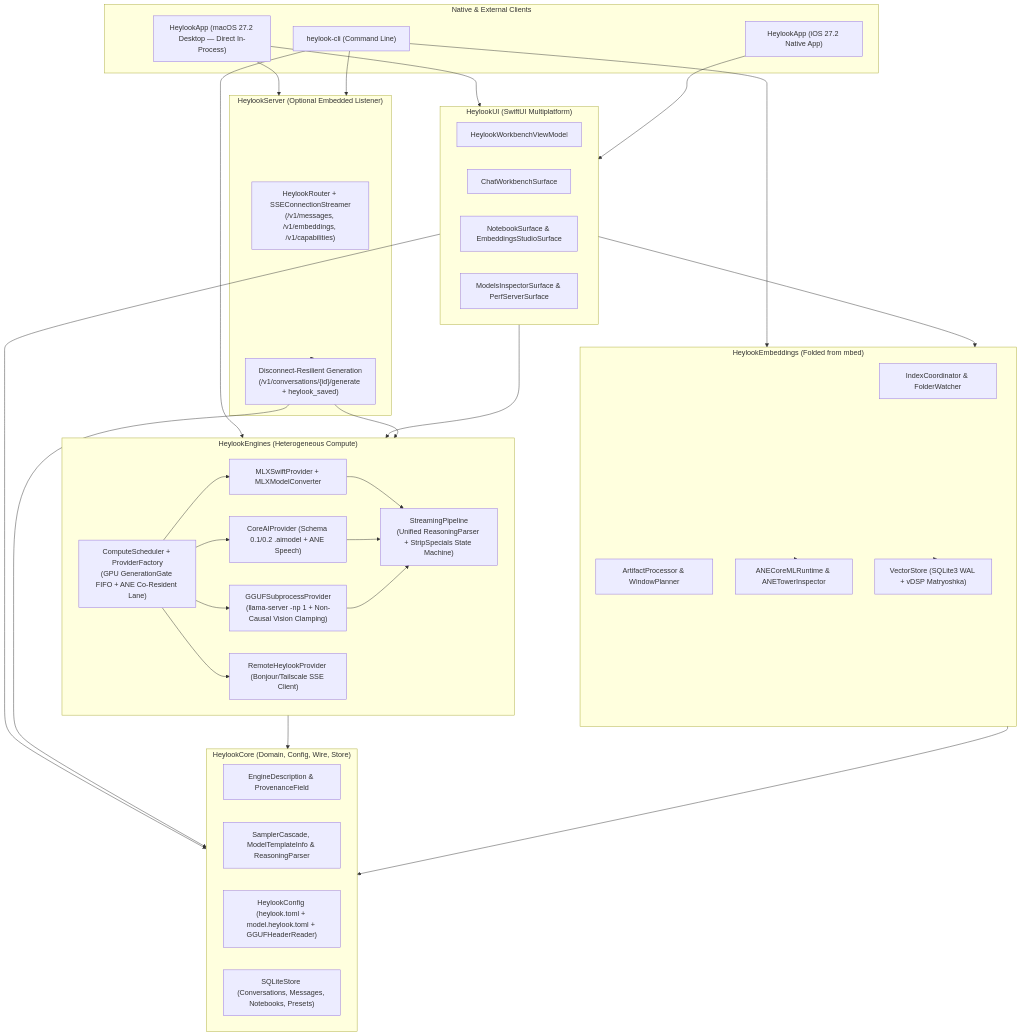
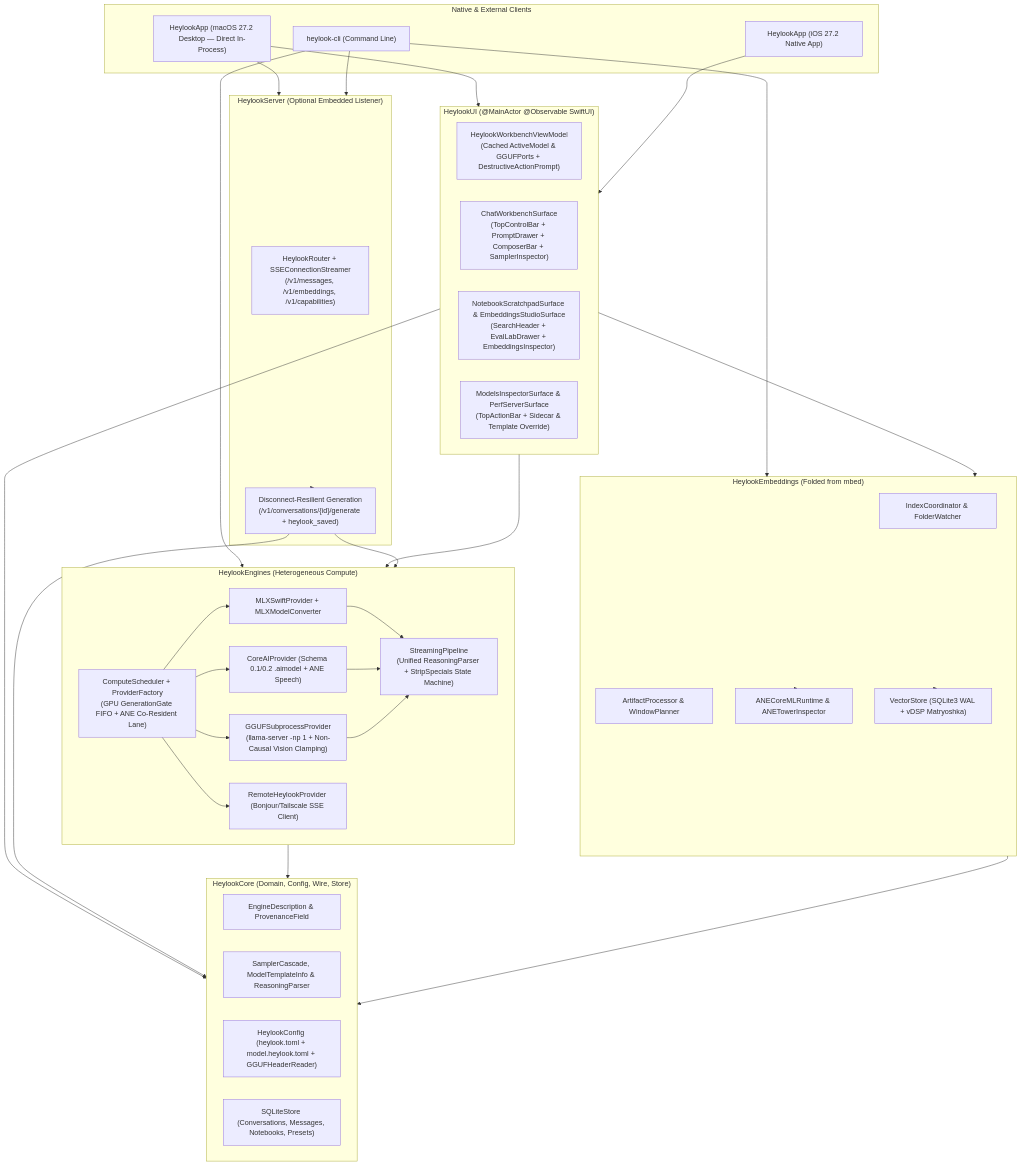
Before and after one commit to fblissjr/heylookitsanllm-macos: the diagram in docs/wiki/architecture_overview.md, drawn with Mermaid. The commit also changed other lines of this file and 8 other files, not shown here.

First line of the commit message:
docs: synchronize User Guide, README, project roadmap, and Knowledge Wiki with Phase 13 UI architecture

````diff
--- a/docs/wiki/architecture_overview.md
+++ b/docs/wiki/architecture_overview.md
@@ -20,67 +21,67 @@
 ```mermaid
 flowchart TB
     subgraph Clients["Native & External Clients"]
         MacDesktop["HeylookApp (macOS 27.2 Desktop — Direct In-Process)"]
         IOSClient["HeylookApp (iOS 27.2 Native App)"]
         CLI["heylook-cli (Command Line)"]
     end
 
-    subgraph SharedUI["HeylookUI (SwiftUI Multiplatform)"]
-        VM["HeylookWorkbenchViewModel"]
-        ChatSurface["ChatWorkbenchSurface"]
-        NotebookSurface["NotebookSurface & EmbeddingsStudioSurface"]
-        ModelsSurface["ModelsInspectorSurface & PerfServerSurface"]
+    subgraph SharedUI["HeylookUI (@MainActor @Observable SwiftUI)"]
+        VM["HeylookWorkbenchViewModel\n(Cached ActiveModel & GGUFPorts + DestructiveActionPrompt)"]
+        ChatSurface["ChatWorkbenchSurface\n(TopControlBar + PromptDrawer + ComposerBar + SamplerInspector)"]
+        NotebookSurface["NotebookScratchpadSurface & EmbeddingsStudioSurface\n(SearchHeader + EvalLabDrawer + EmbeddingsInspector)"]
+        ModelsSurface["ModelsInspectorSurface & PerfServerSurface\n(TopActionBar + Sidecar & Template Override)"]
     end
 
     subgraph ServerLayer["HeylookServer (Optional Embedded Listener)"]
         Router["HeylookRouter + SSEConnectionStreamer\n(/v1/messages, /v1/embeddings, /v1/capabilities)"]
         GenCoord["Disconnect-Resilient Generation\n(/v1/conversations/{id}/generate + heylook_saved)"]
     end
 
     subgraph EngineLayer["HeylookEngines (Heterogeneous Compute)"]
         Sched["ComputeScheduler + ProviderFactory\n(GPU GenerationGate FIFO + ANE Co-Resident Lane)"]
         Pipe["StreamingPipeline\n(Unified ReasoningParser + StripSpecials State Machine)"]
         MLX["MLXSwiftProvider + MLXModelConverter"]
         CoreAI["CoreAIProvider (Schema 0.1/0.2 .aimodel + ANE Speech)"]
         GGUF["GGUFSubprocessProvider\n(llama-server -np 1 + Non-Causal Vision Clamping)"]
         Remote["RemoteHeylookProvider (Bonjour/Tailscale SSE Client)"]
     end
 
     subgraph EmbeddingLayer["HeylookEmbeddings (Folded from mbed)"]
         Idx["IndexCoordinator & FolderWatcher"]
         Proc["ArtifactProcessor & WindowPlanner"]
         ANE["ANECoreMLRuntime & ANETowerInspector"]
         Vec["VectorStore (SQLite3 WAL + vDSP Matryoshka)"]
     end
 
     subgraph CoreLayer["HeylookCore (Domain, Config, Wire, Store)"]
         EDesc["EngineDescription & ProvenanceField"]
         Cascade["SamplerCascade, ModelTemplateInfo & ReasoningParser"]
         TOML["HeylookConfig (heylook.toml + model.heylook.toml + GGUFHeaderReader)"]
         SQL["SQLiteStore (Conversations, Messages, Notebooks, Presets)"]
     end
 
     MacDesktop --> SharedUI
     MacDesktop --> ServerLayer
     IOSClient --> SharedUI
     CLI --> ServerLayer
     CLI --> EngineLayer
     CLI --> EmbeddingLayer
     SharedUI --> EngineLayer
     SharedUI --> EmbeddingLayer
     SharedUI --> CoreLayer
     ServerLayer --> GenCoord
     GenCoord --> EngineLayer
     GenCoord --> CoreLayer
     Sched --> MLX
     Sched --> CoreAI
     Sched --> GGUF
     Sched --> Remote
     MLX --> Pipe
     CoreAI --> Pipe
     GGUF --> Pipe
     EmbeddingLayer --> ANE
     EmbeddingLayer --> Vec
     EngineLayer --> CoreLayer
     EmbeddingLayer --> CoreLayer
 ```
````
